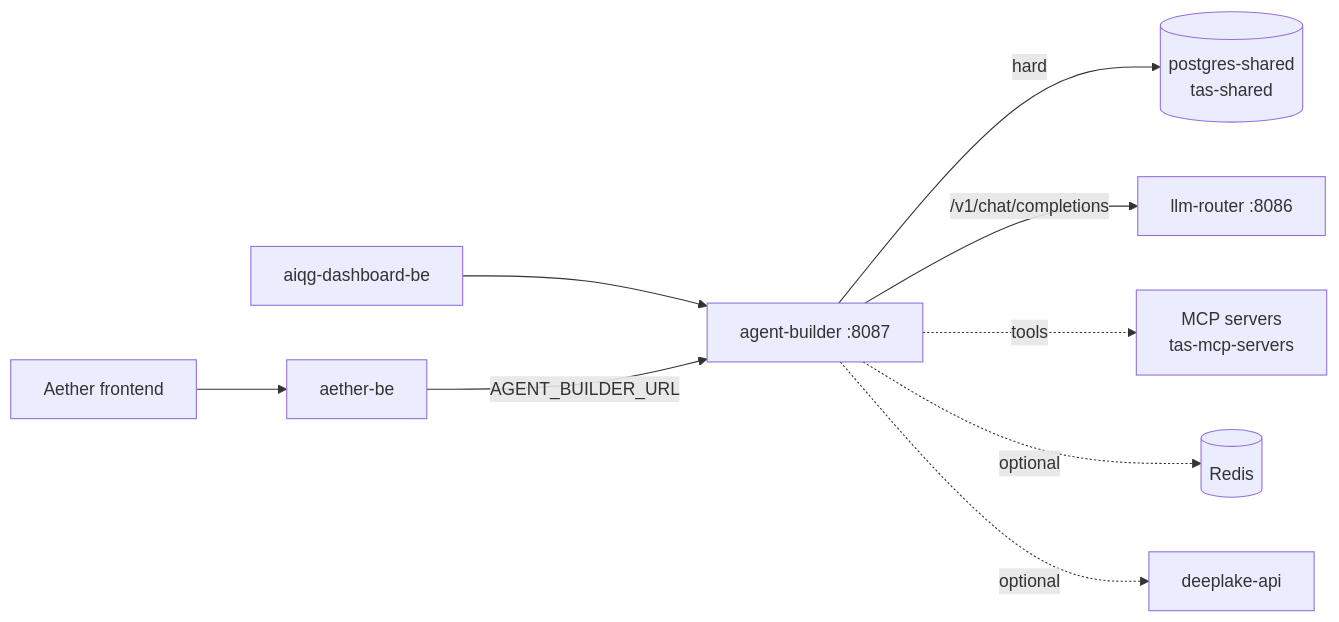
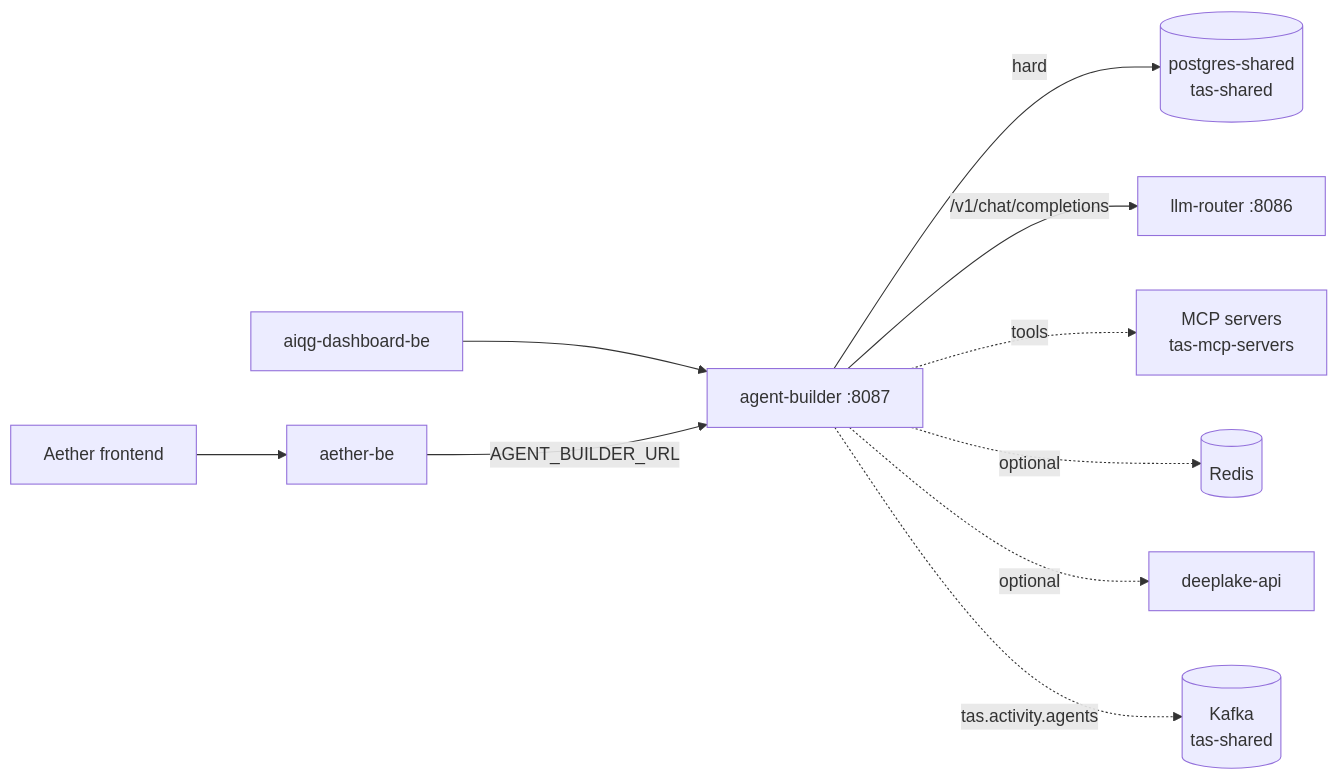
One commit to Tributary-ai-services/tas-agent-builder changed the diagram in README.md. Above: the diagram before and after it, drawn with Mermaid. The commit also changed other lines of this file, not shown here.

````diff
--- a/README.md
+++ b/README.md
@@ -177,11 +256,12 @@
 ```mermaid
 graph LR
   FE[Aether frontend] --> BE[aether-be]
   AIQG[aiqg-dashboard-be] --> AB
   BE -->|AGENT_BUILDER_URL| AB[agent-builder :8087]
   AB -->|hard| PG[(postgres-shared<br/>tas-shared)]
   AB -->|/v1/chat/completions| LR[llm-router :8086]
   AB -.->|tools| MCP[MCP servers<br/>tas-mcp-servers]
   AB -.->|optional| RD[(Redis)]
   AB -.->|optional| DL[deeplake-api]
+  AB -.->|tas.activity.agents| KA[(Kafka<br/>tas-shared)]
 ```
````
